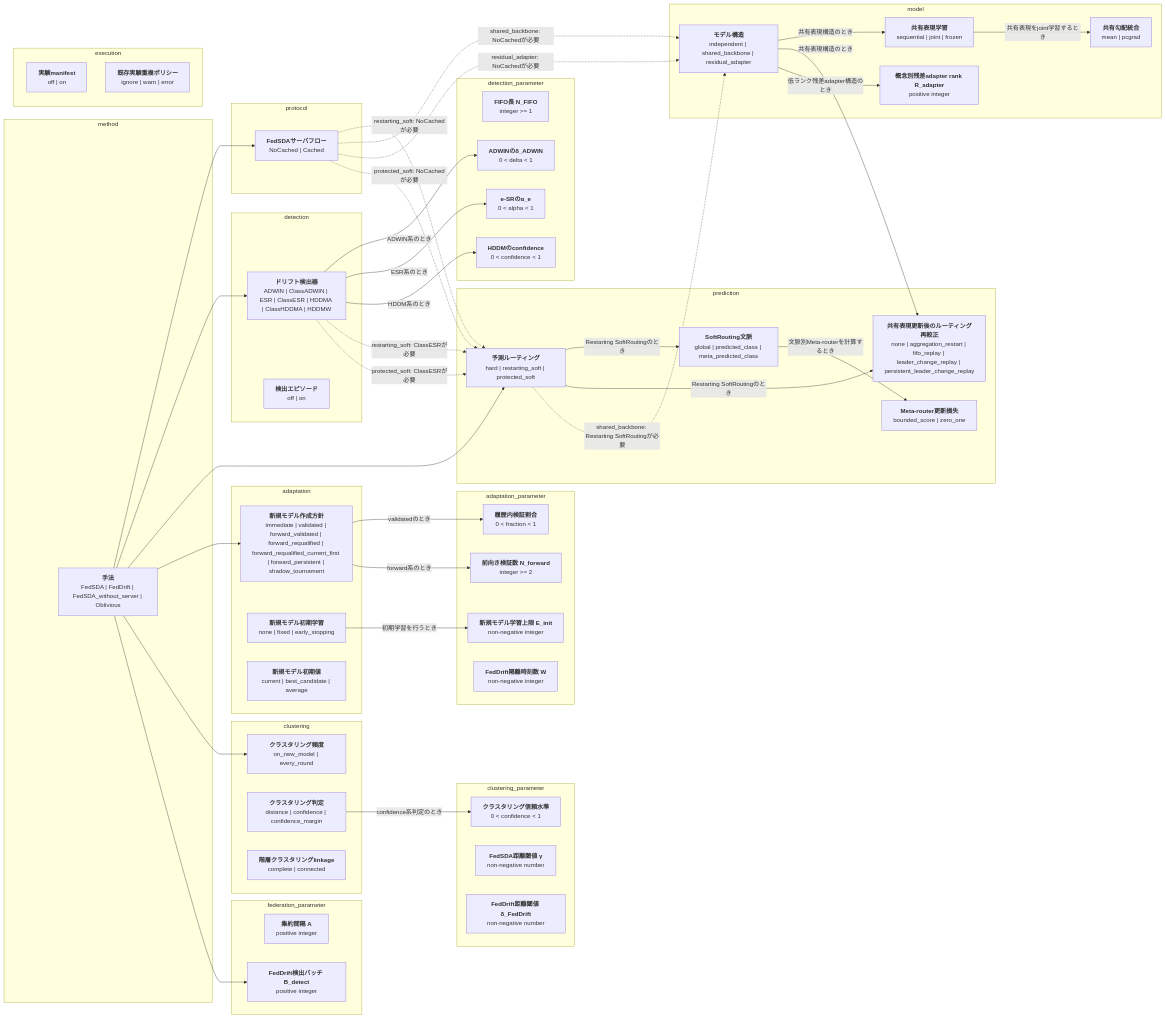
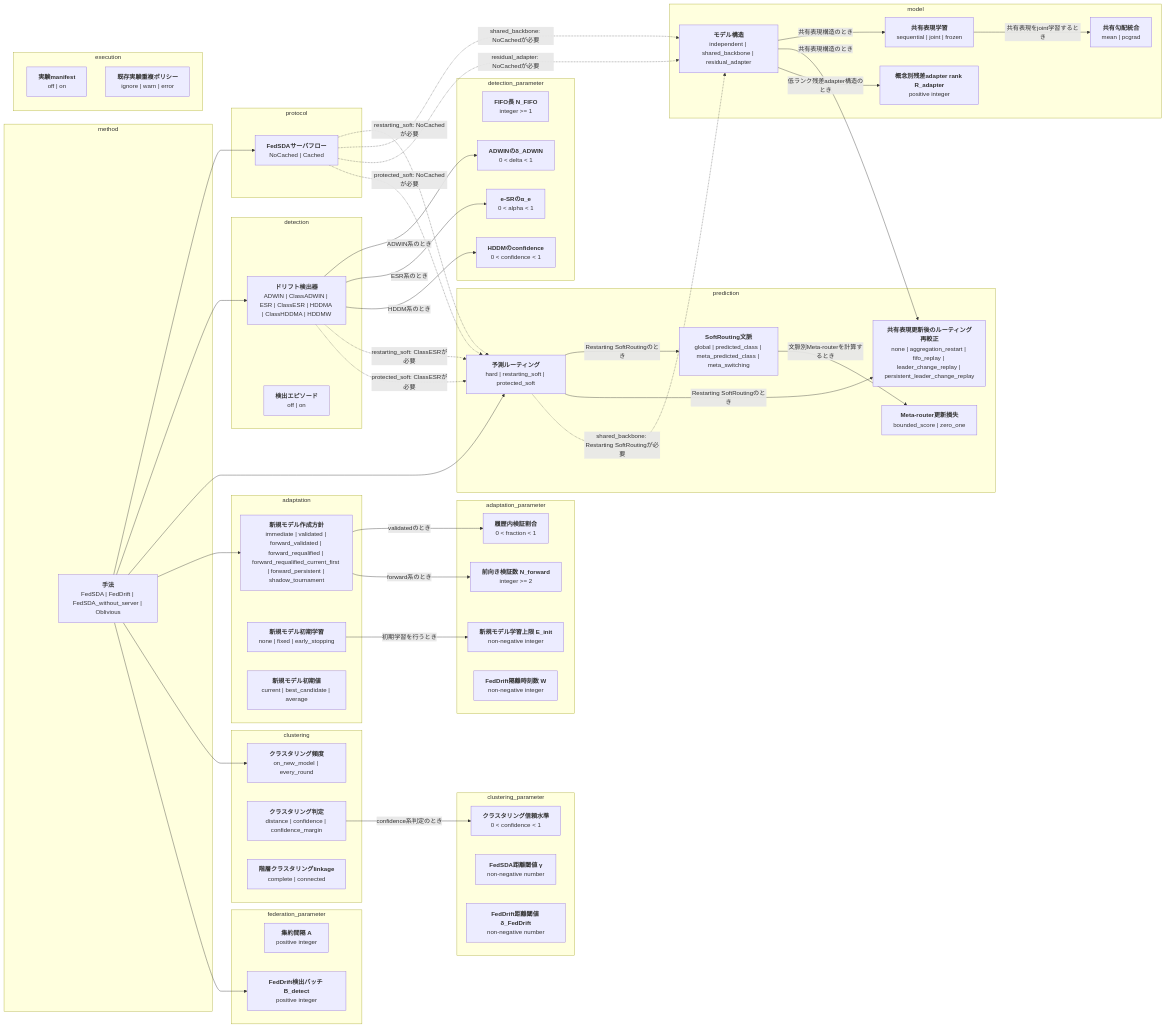
The first of 2 diagrams in docs/options.md (shimmen3141/FedSDA-experiment), drawn with Mermaid before and after one commit. The commit also changed other lines of this file and 14 other files, not shown here.

Commit message:
Add meta switching expert routing

```diff
--- a/docs/options.md
+++ b/docs/options.md
@@ -29,7 +29,7 @@
   end
   subgraph group_prediction[prediction]
     routing["<b>予測ルーティング</b><br/>hard | restarting_soft | protected_soft"]
-    soft_routing_context["<b>SoftRouting文脈</b><br/>global | predicted_class | meta_predicted_class"]
+    soft_routing_context["<b>SoftRouting文脈</b><br/>global | predicted_class | meta_predicted_class | meta_switching"]
     soft_routing_meta_loss["<b>Meta-router更新損失</b><br/>bounded_score | zero_one"]
     shared_backbone_routing_recalibration["<b>共有表現更新後のルーティング再較正</b><br/>none | aggregation_restart | fifo_replay | leader_change_replay | persistent_leader_change_replay"]
   end
```
